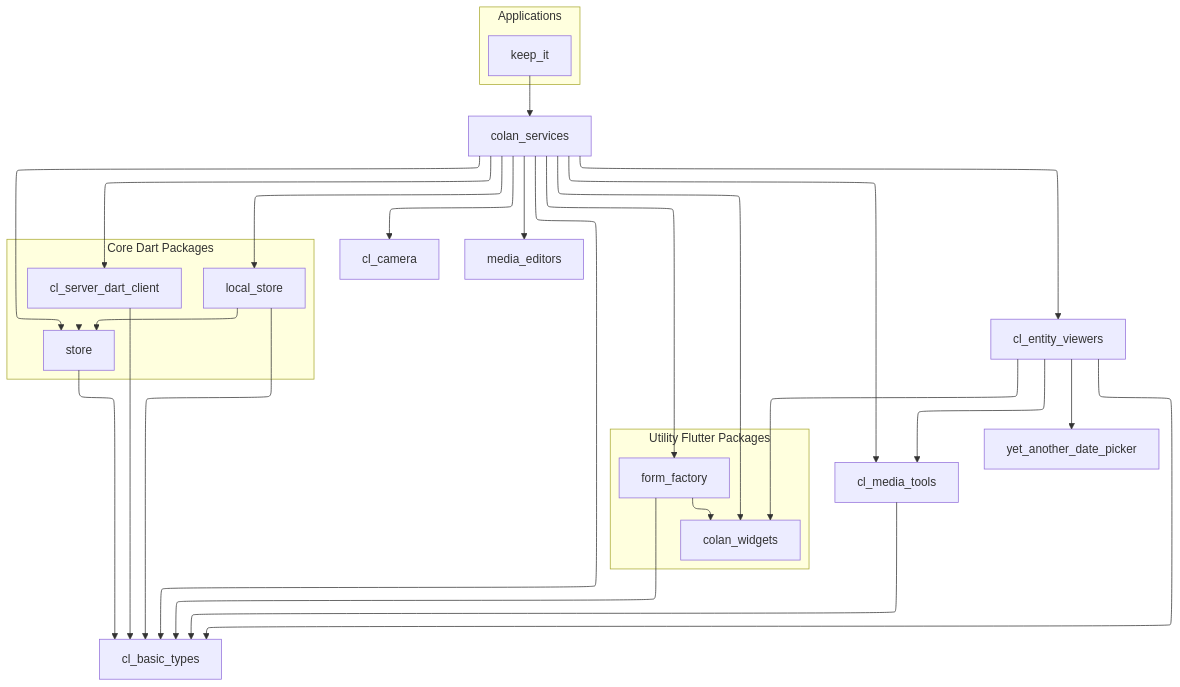
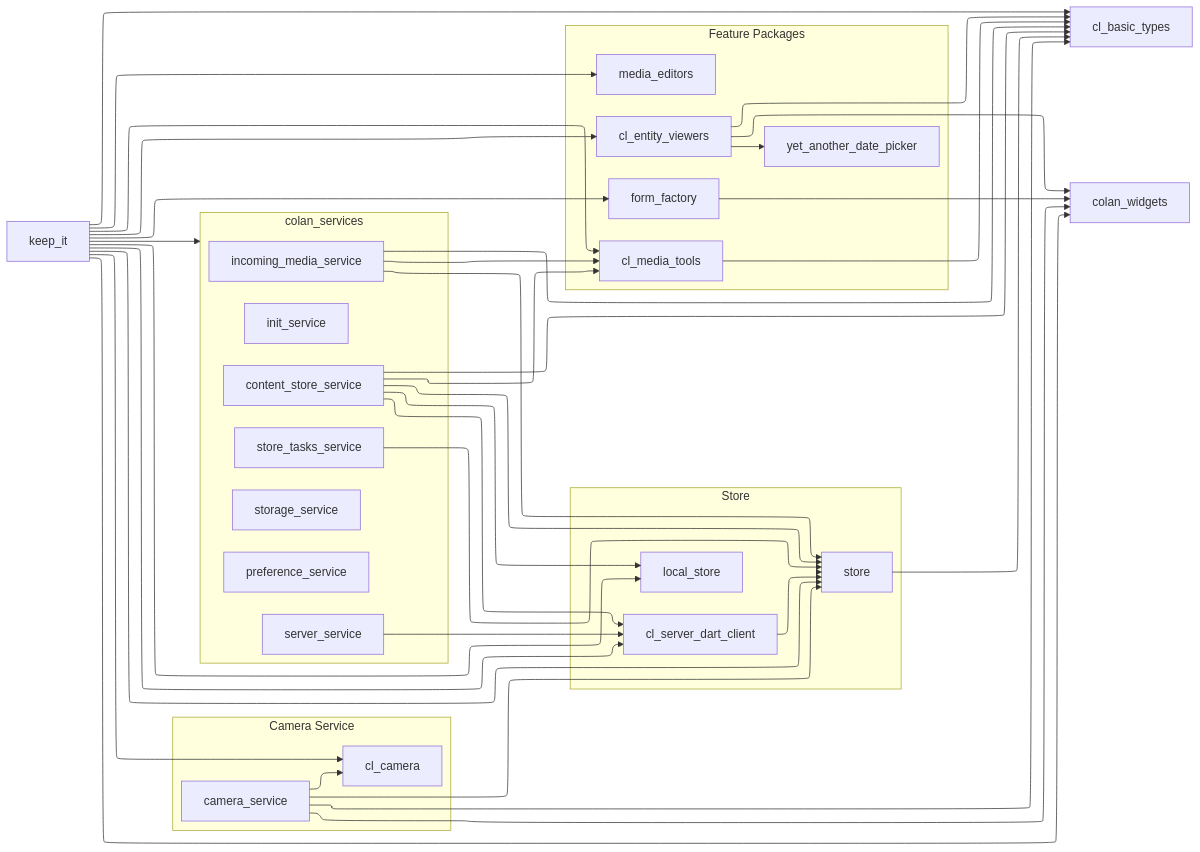
Before and after one commit to cloudonlanapps/keep_it_package: the diagram in docs/keep_it_graph.mmd, drawn with Mermaid.

Commit message:
update the diagram

```diff
--- a/docs/keep_it_graph.mmd
+++ b/docs/keep_it_graph.mmd
@@ -1,79 +1,109 @@
 %%{init: {'flowchart': {'defaultRenderer': 'elk'}} }%%
-graph TD
-     basic_types["cl_basic_types"]
-    subgraph "Core Dart Packages"
-       
+graph LR
+    basic_types["cl_basic_types"]
+    colan_widgets["colan_widgets"]
+   
+    subgraph "Store"
         store["store"]
         dart_client["cl_server_dart_client"]
         local_store["local_store"]
+        
+    end
+    subgraph "Camera Service"
+    camera["cl_camera"]
+    camera_svc["camera_service"]
+    end
+  
+
+    subgraph "Feature Packages"
+        form_factory["form_factory"]
+        media_tools["cl_media_tools"]
+        date_picker["yet_another_date_picker"]
+        
+        media_editors["media_editors"]
+        entity_viewers["cl_entity_viewers"]
     end
 
-    subgraph "Utility Flutter Packages"
-        colan_widgets["colan_widgets"]
-        
-        
-        
-        form_factory["form_factory"]
-        
+    subgraph cl_services["colan_services"]
+        content_store_svc["content_store_service"]
+        server_svc["server_service"]
+        incoming_media_svc["incoming_media_service"]
+        store_tasks_svc["store_tasks_service"]
+        storage_svc["storage_service"]
+        init_svc["init_service"]
+        preference_svc["preference_service"]
     end
 
+  
+    keep_it["keep_it"]
    
-    services["colan_services"]
 
-    subgraph "Applications"
-        keep_it["keep_it"]
-       %%  face_it["face_it_desktop"]
-    end
-    camera["cl_camera"]
-    media_editors["media_editors"]
-    entity_viewers["cl_entity_viewers"]
-    media_tools["cl_media_tools"]
-    date_picker["yet_another_date_picker"]
-
-
-    %% Core Dependencies
+    %% Core Package Dependencies
+    
     store --> basic_types
-    dart_client --> basic_types
+    
+    
     dart_client --> store
-    local_store --> basic_types
+   
     local_store --> store
 
-    %% Utility Dependencies
+    %% Utility Package Dependencies
     media_tools --> basic_types
-    form_factory --> basic_types
+  
+   
     form_factory --> colan_widgets
-
-    %% Feature Dependencies
     entity_viewers --> basic_types
-    entity_viewers --> media_tools
+    
     entity_viewers --> colan_widgets
     entity_viewers --> date_picker
 
-  
+    %% Service Dependencies - camera_service
+    camera_svc --> basic_types
+    camera_svc --> camera
+    camera_svc --> colan_widgets
+    camera_svc --> store
+
+    %% Service Dependencies - content_store_service
+    content_store_svc --> basic_types
+   
+    content_store_svc --> media_tools
+    content_store_svc --> dart_client
+    content_store_svc --> local_store
+    content_store_svc --> store
+
+    %% Service Dependencies - incoming_media_service
+    incoming_media_svc --> basic_types
+   
+    incoming_media_svc --> media_tools
+    incoming_media_svc --> store
+
+    %% Service Dependencies - init_service
+    %% (minimal dependencies - only flutter/riverpod)
+
+    %% Service Dependencies - preference_service
+    %% (minimal dependencies - only flutter/riverpod)
+
+    %% Service Dependencies - server_service
+   
+    server_svc --> dart_client
+
     
-    
-    %% colan_services Dependencies
-    services --> basic_types
-    services --> camera
-    services --> entity_viewers
-    services --> media_tools
-    services --> dart_client
-    services --> colan_widgets
-    services --> form_factory
-    services --> local_store
-    services --> media_editors
-    services --> store
 
-   
+    %% Service Dependencies - store_tasks_service
+    store_tasks_svc --> store
 
     %% App Dependencies
-    keep_it --> services
-   
-
-    %% face_it --> basic_types
-    %% face_it --> services
-    %% face_it --> colan_widgets
-    %% face_it --> content_store
-    %% face_it --> store
+    keep_it --> cl_services
+    keep_it --> basic_types
+    keep_it --> camera
+    keep_it --> entity_viewers
+ 
+    keep_it --> media_tools
+    keep_it --> dart_client
+    keep_it --> colan_widgets
+    keep_it --> form_factory
+    keep_it --> local_store
+    keep_it --> media_editors
+    keep_it --> store
 
     linkStyle 2 stroke-width:0px;
```
